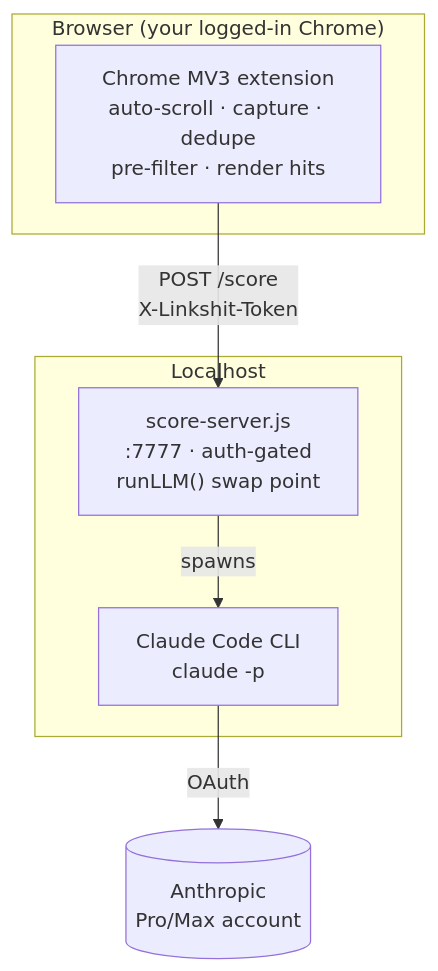
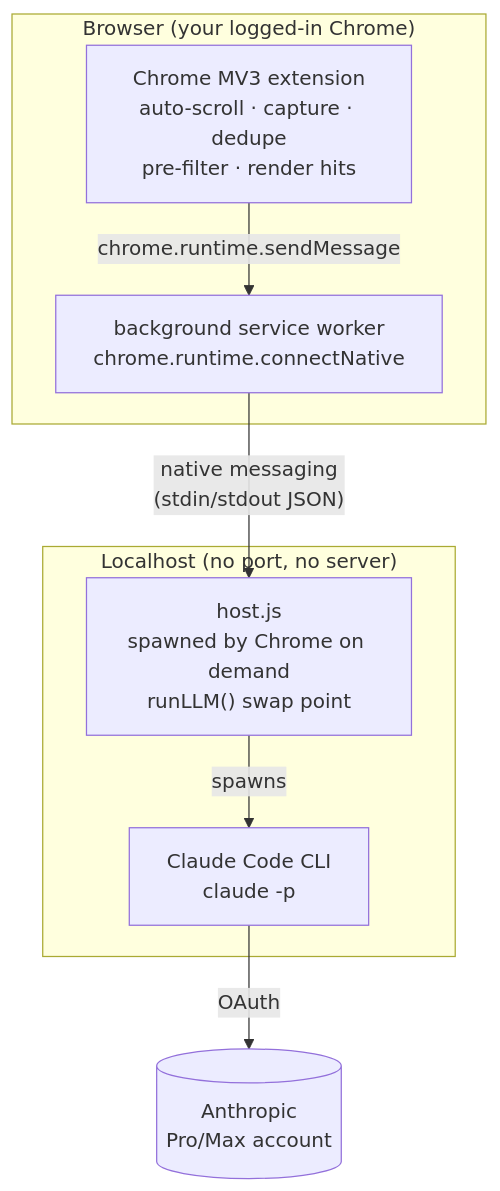
One commit to Replikanti/linkshit changed the diagram in README.md. Above: the diagram before and after it, drawn with Mermaid. The commit also changed other lines of this file and 7 other files, not shown here.

````diff
--- a/README.md
+++ b/README.md
@@ -18,15 +24,17 @@
 ```mermaid
 flowchart TD
     subgraph Browser["Browser (your logged-in Chrome)"]
         Ext["Chrome MV3 extension<br/>auto-scroll · capture · dedupe<br/>pre-filter · render hits"]
+        BG["background service worker<br/>chrome.runtime.connectNative"]
     end
-    subgraph Local["Localhost"]
-        Bridge["score-server.js<br/>:7777 · auth-gated<br/>runLLM() swap point"]
+    subgraph Local["Localhost (no port, no server)"]
+        Host["host.js<br/>spawned by Chrome on demand<br/>runLLM() swap point"]
         CC["Claude Code CLI<br/>claude -p"]
     end
     Anthropic[("Anthropic<br/>Pro/Max account")]
 
-    Ext -->|"POST /score<br/>X-Linkshit-Token"| Bridge
-    Bridge -->|"spawns"| CC
+    Ext -->|"chrome.runtime.sendMessage"| BG
+    BG -->|"native messaging<br/>(stdin/stdout JSON)"| Host
+    Host -->|"spawns"| CC
     CC -->|"OAuth"| Anthropic
 ```
````
